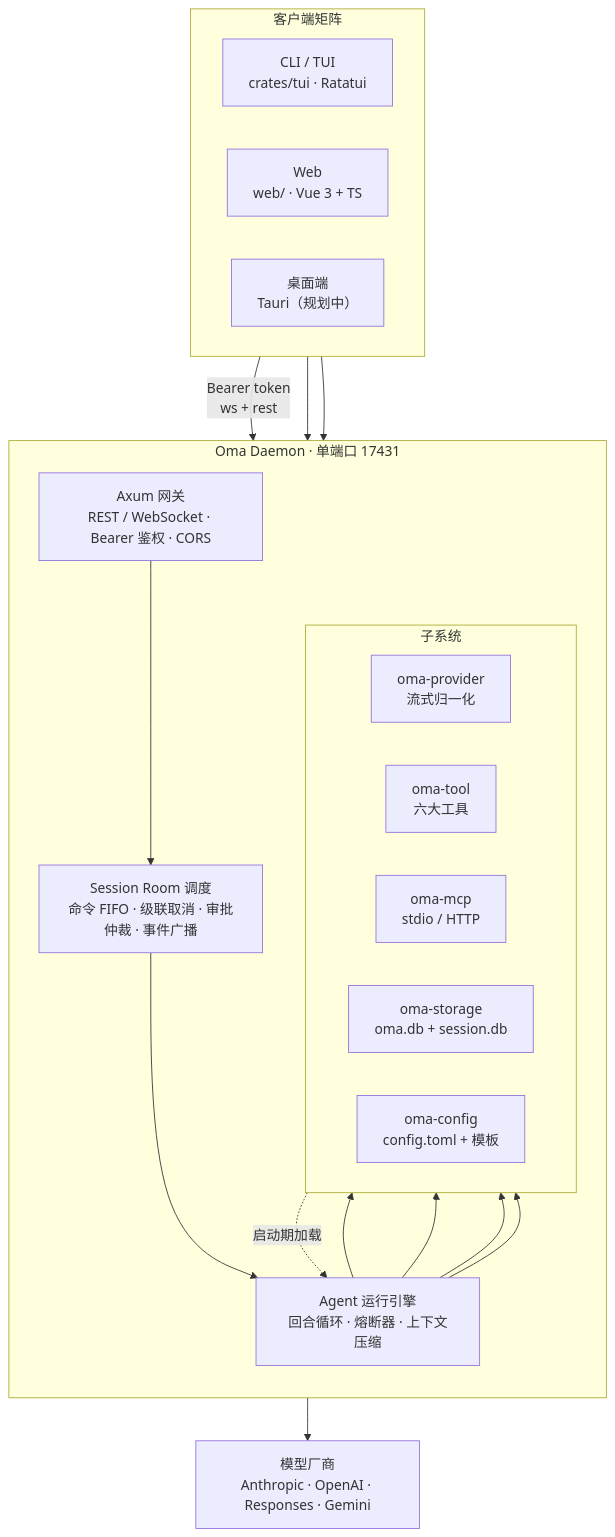
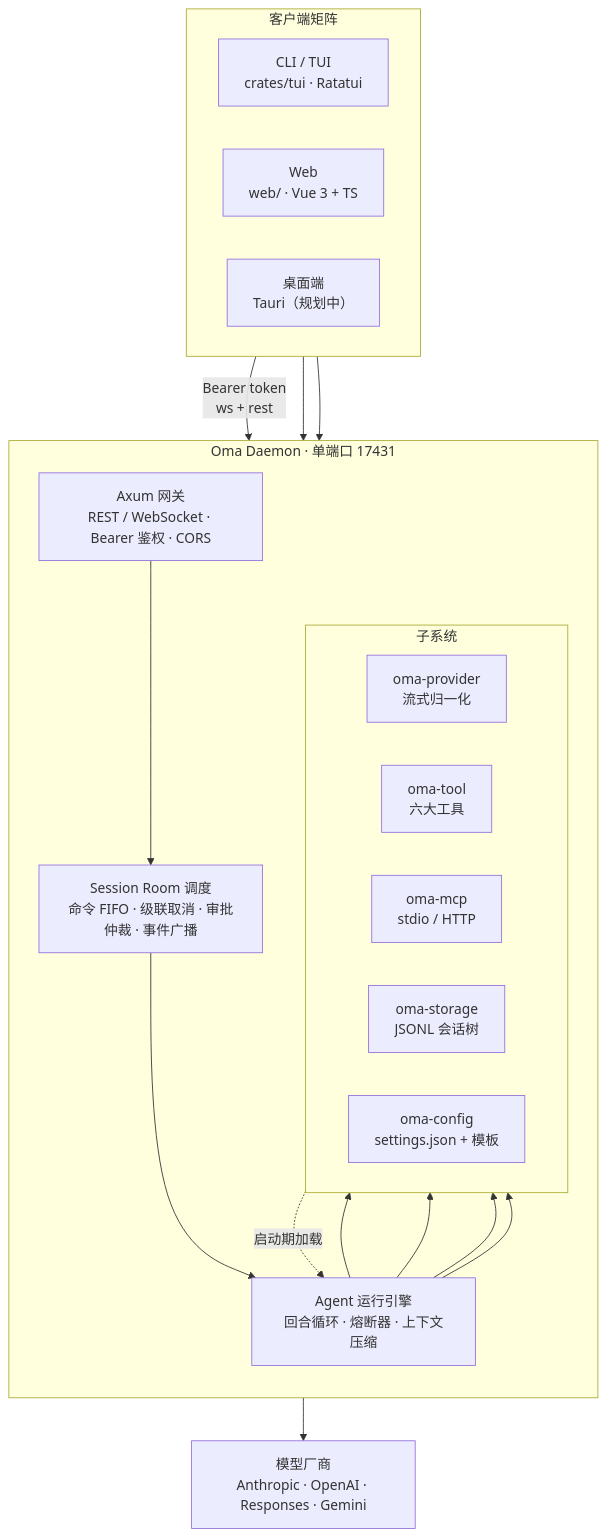
The diagram in README.md (waittide/oma), drawn with Mermaid before and after one commit. The commit also changed other lines of this file and 10 other files, not shown here.

````diff
--- a/README.md
+++ b/README.md
@@ -105,36 +105,36 @@
 ```mermaid
 flowchart TB
     subgraph Clients["客户端矩阵"]
         direction LR
         TUI["CLI / TUI<br/>crates/tui · Ratatui"]
         WEB["Web<br/>web/ · Vue 3 + TS"]
         DESK["桌面端<br/>Tauri（规划中）"]
     end
 
     subgraph Daemon["Oma Daemon · 单端口 17431"]
         direction TB
         GW["Axum 网关<br/>REST / WebSocket · Bearer 鉴权 · CORS"]
         ROOM["Session Room 调度<br/>命令 FIFO · 级联取消 · 审批仲裁 · 事件广播"]
         ENGINE["Agent 运行引擎<br/>回合循环 · 熔断器 · 上下文压缩"]
         subgraph Sub["子系统"]
             direction LR
             PROV["oma-provider<br/>流式归一化"]
             TOOL["oma-tool<br/>六大工具"]
             MCP["oma-mcp<br/>stdio / HTTP"]
-            STORE["oma-storage<br/>oma.db + session.db"]
-            CONF["oma-config<br/>config.toml + 模板"]
+            STORE["oma-storage<br/>JSONL 会话树"]
+            CONF["oma-config<br/>settings.json + 模板"]
         end
     end
 
     VENDORS["模型厂商<br/>Anthropic · OpenAI · Responses · Gemini"]
 
     TUI -->|"Bearer token<br/>ws + rest"| GW
     WEB --> GW
     DESK --> GW
     GW --> ROOM --> ENGINE
     ENGINE --> PROV --> VENDORS
     ENGINE --> TOOL
     ENGINE --> MCP
     ENGINE --> STORE
     CONF -.->|"启动期加载"| ENGINE
 ```
````
